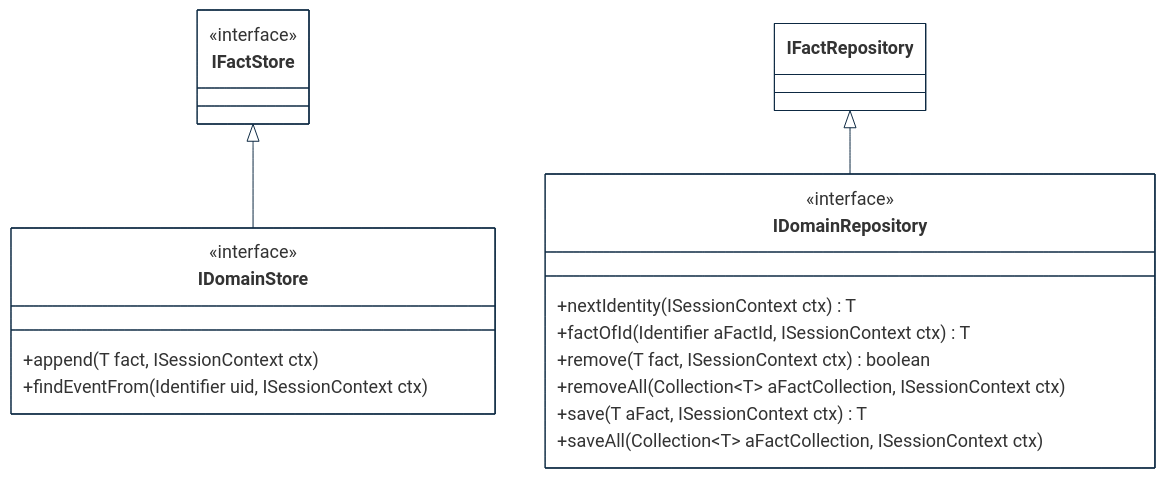
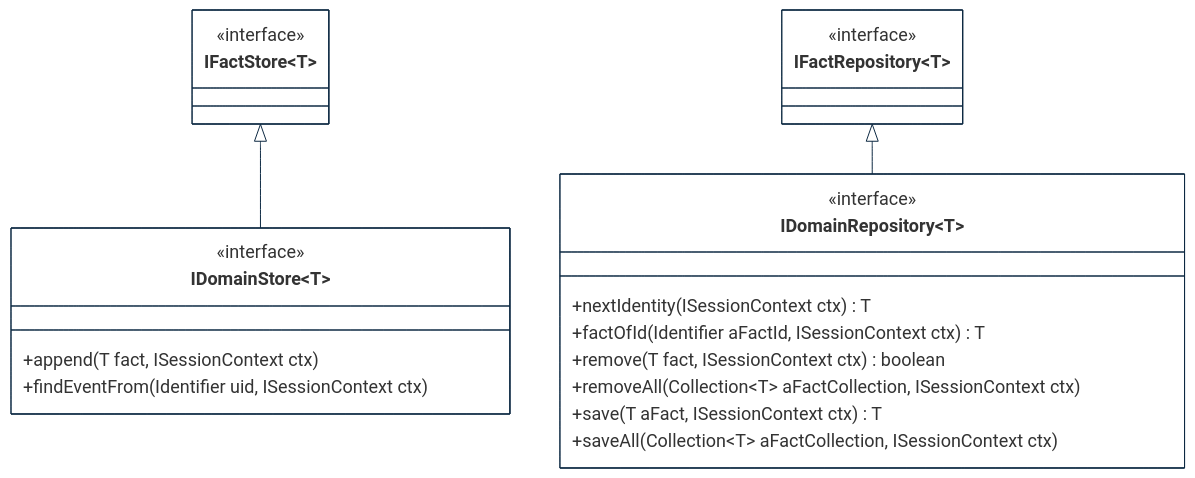
One commit to cybnity/foundation changed the third of 3 diagrams in implementations-line/framework/domain/designview-packages.md. Above: the diagram before and after it, drawn with Mermaid.

````diff
--- a/implementations-line/framework/domain/designview-packages.md
+++ b/implementations-line/framework/domain/designview-packages.md
@@ -133,41 +133,44 @@
 ```mermaid
 %%{
   init: {
     'theme': 'base',
     'themeVariables': {
         'background': '#ffffff',
         'fontFamily': 'arial',
         'fontSize': '18px',
         'primaryColor': '#fff',
         'primaryBorderColor': '#0e2a43',
         'secondaryBorderColor': '#0e2a43',
         'tertiaryBorderColor': '#0e2a43',
         'edgeLabelBackground':'#0e2a43',
         'lineColor': '#0e2a43',
         'tertiaryColor': '#fff'
     }
   }
 }%%
 classDiagram
-    IFactStore <|-- IDomainStore
-    IFactRepository <|-- IDomainRepository
+    IFactStore~T~ <|-- IDomainStore~T~
+    IFactRepository~T~ <|-- IDomainRepository~T~
 
     class IFactStore~T~ {
+        <<interface>>
+    }
+    class IFactRepository~T~ {
         <<interface>>
     }
     class IDomainRepository~T~ {
         <<interface>>
         +nextIdentity(ISessionContext ctx) T
         +factOfId(Identifier aFactId, ISessionContext ctx) T
         +remove(T fact, ISessionContext ctx) boolean
         +removeAll(Collection~T~ aFactCollection, ISessionContext ctx)
         +save(T aFact, ISessionContext ctx) T
         +saveAll(Collection~T~ aFactCollection, ISessionContext ctx)
     }
     class IDomainStore~T~ {
         <<interface>>
         +append(T fact, ISessionContext ctx)
         +findEventFrom(Identifier uid, ISessionContext ctx)
     }
 
 ```
````
